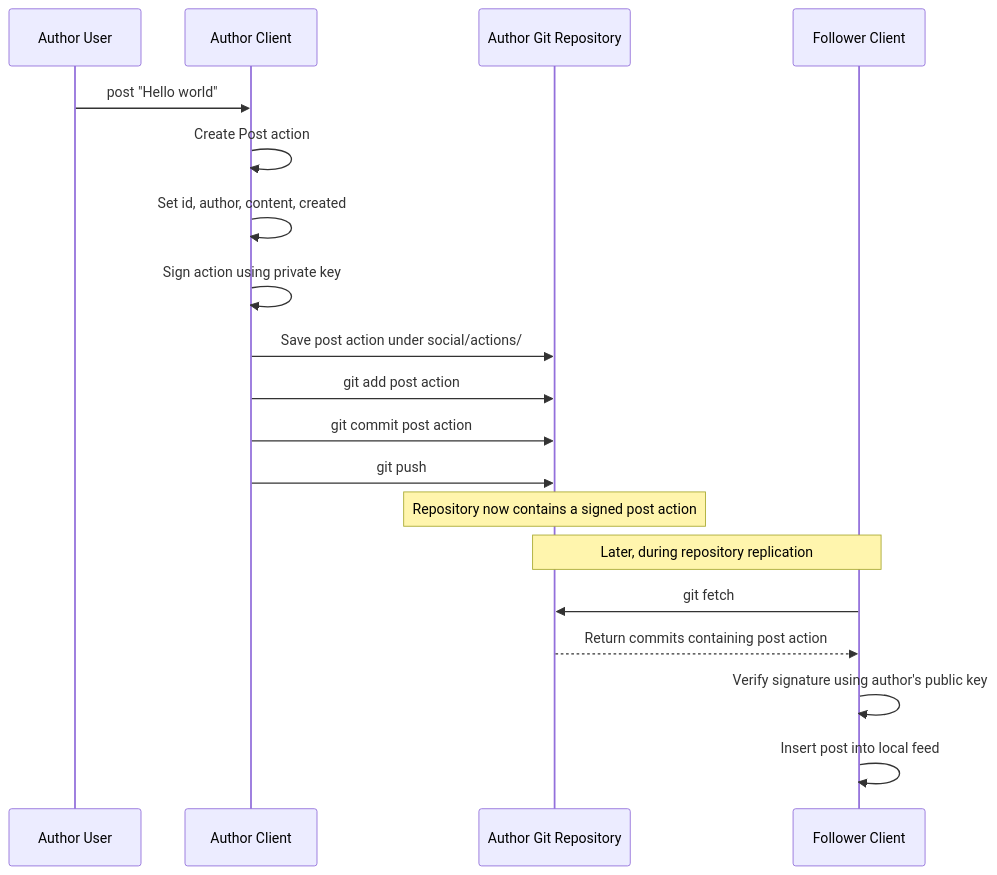
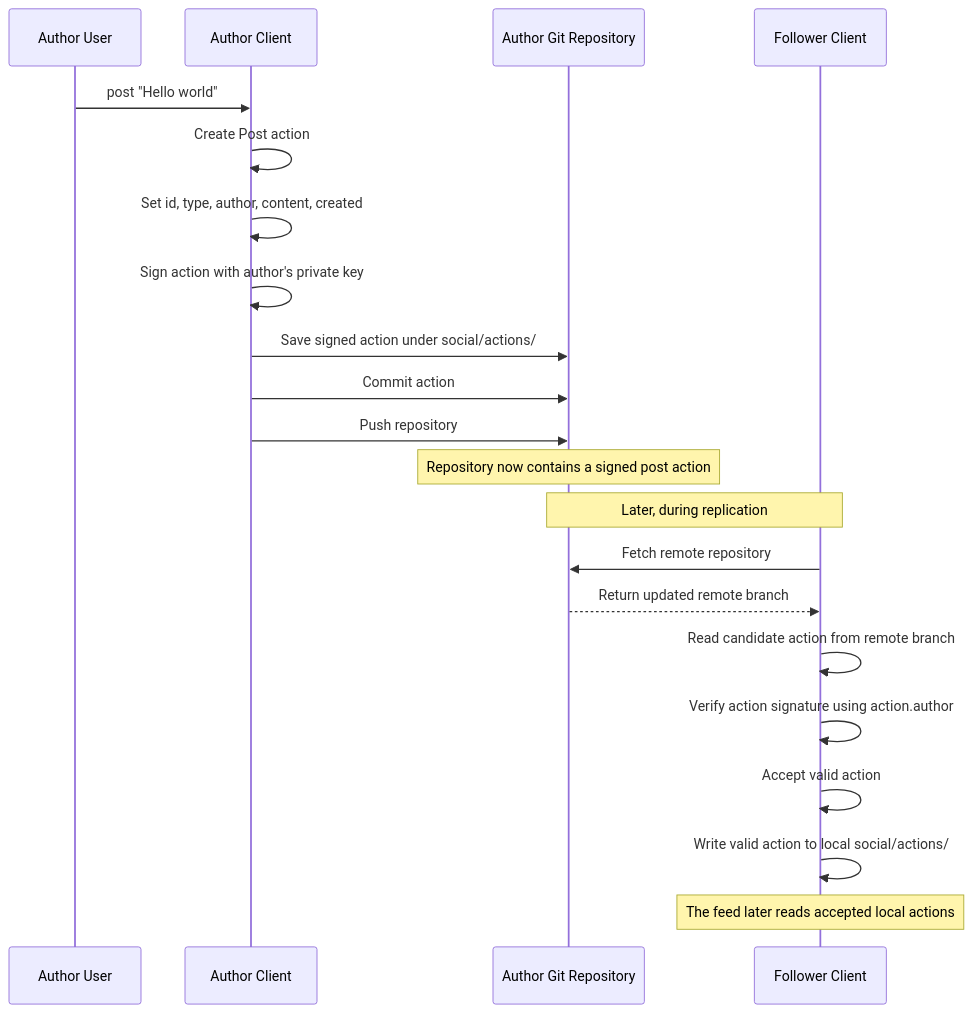
The first of 6 diagrams in latest_design.md (gargster/ELEC4712_Decentralised_Blog), drawn with Mermaid before and after one commit. The commit also changed other lines of this file and 2 other files, not shown here.

Commit message:
updated diagrams

````diff
--- a/latest_design.md
+++ b/latest_design.md
@@ -2,28 +3,30 @@
 ```mermaid
 sequenceDiagram
     participant Author as Author User
     participant Client as Author Client
     participant Repo as Author Git Repository
     participant Follower as Follower Client
 
     Author->>Client: post "Hello world"
 
     Client->>Client: Create Post action
-    Client->>Client: Set id, author, content, created
-    Client->>Client: Sign action using private key
+    Client->>Client: Set id, type, author, content, created
+    Client->>Client: Sign action with author's private key
 
-    Client->>Repo: Save post action under social/actions/
-    Client->>Repo: git add post action
-    Client->>Repo: git commit post action
-    Client->>Repo: git push
+    Client->>Repo: Save signed action under social/actions/
+    Client->>Repo: Commit action
+    Client->>Repo: Push repository
 
     Note over Repo: Repository now contains a signed post action
+    Note over Repo,Follower: Later, during replication
 
-    Note over Repo,Follower: Later, during repository replication
+    Follower->>Repo: Fetch remote repository
+    Repo-->>Follower: Return updated remote branch
 
-    Follower->>Repo: git fetch
-    Repo-->>Follower: Return commits containing post action
+    Follower->>Follower: Read candidate action from remote branch
+    Follower->>Follower: Verify action signature using action.author
+    Follower->>Follower: Accept valid action
+    Follower->>Follower: Write valid action to local social/actions/
 
-    Follower->>Follower: Verify signature using author's public key
-    Follower->>Follower: Insert post into local feed
+    Note over Follower: The feed later reads accepted local actions
 ```
````
